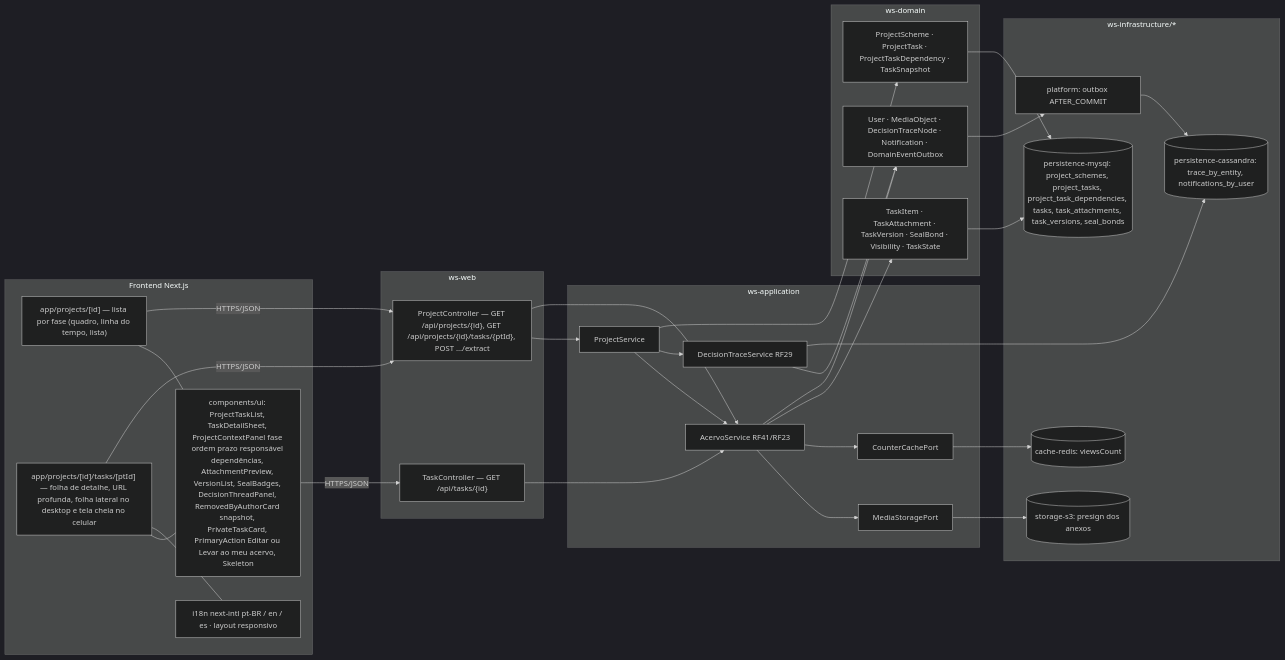
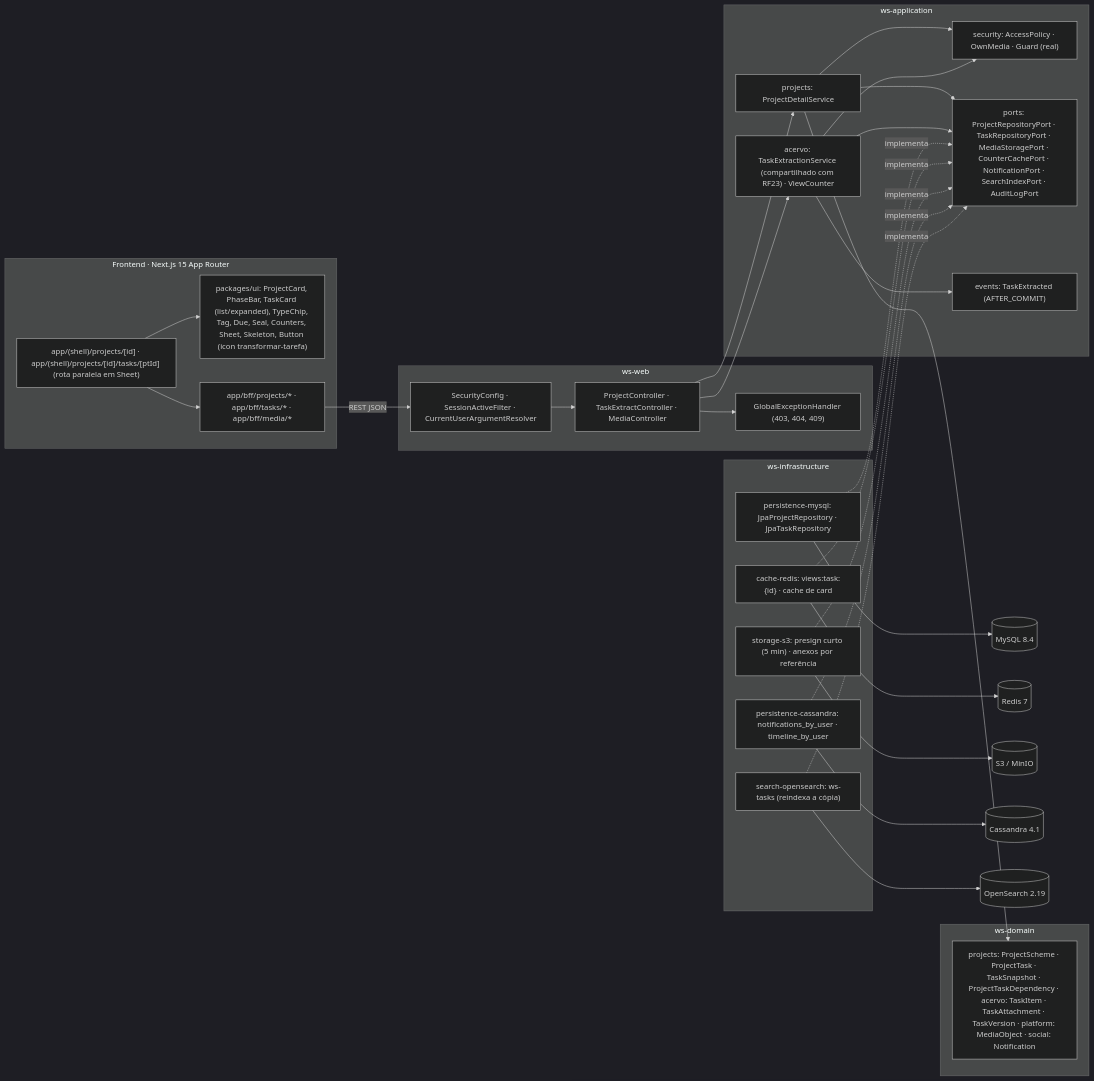
One commit to MatheusHaliski/Decia-app-2026 changed the fifth of 5 diagrams in docs/diagramas/RF7/README.md. Above: the diagram before and after it, drawn with Mermaid (dark theme). The commit also changed other lines of this file and 4 other files, not shown here.

First line of the commit message:
docs(diagramas): reescreve RF6–RF9 (perfil empresarial, abrir tarefa do projeto, editar arquivos, equipe do chefe)

````diff
--- a/docs/diagramas/RF7/README.md
+++ b/docs/diagramas/RF7/README.md
@@ -467,61 +410,52 @@
 ```mermaid
 flowchart LR
-  subgraph FE["Frontend Next.js"]
-    F1["app/projects/[id] — lista por fase (quadro, linha do tempo, lista)"]
-    F2["app/projects/[id]/tasks/[ptId] — folha de detalhe, URL profunda, folha lateral no desktop e tela cheia no celular"]
-    F3["components/ui: ProjectTaskList, TaskDetailSheet, ProjectContextPanel fase ordem prazo responsável dependências, AttachmentPreview, VersionList, SealBadges, DecisionThreadPanel, RemovedByAuthorCard snapshot, PrivateTaskCard, PrimaryAction Editar ou Levar ao meu acervo, Skeleton"]
-    F4["i18n next-intl pt-BR / en / es · layout responsivo"]
+  subgraph FE["Frontend · Next.js 15 App Router"]
+    PG["app/(shell)/projects/[id] · app/(shell)/projects/[id]/tasks/[ptId] (rota paralela em Sheet)"]
+    UI["packages/ui: ProjectCard, PhaseBar, TaskCard (list/expanded), TypeChip, Tag, Due, Seal, Counters, Sheet, Skeleton, Button (icon transformar-tarefa)"]
+    BFF["app/bff/projects/* · app/bff/tasks/* · app/bff/media/*"]
+    PG --> UI
+    PG --> BFF
+  end
+  subgraph WSWEB["ws-web"]
+    SEC["SecurityConfig · SessionActiveFilter · CurrentUserArgumentResolver"]
+    PC["ProjectController · TaskExtractController · MediaController"]
+    GEH["GlobalExceptionHandler (403, 404, 409)"]
+  end
+  subgraph WSAPP["ws-application"]
+    PRJ["projects: ProjectDetailService"]
+    ACV["acervo: TaskExtractionService (compartilhado com RF23) · ViewCounter"]
+    SECU["security: AccessPolicy · OwnMedia · Guard (real)"]
+    PORTS["ports: ProjectRepositoryPort · TaskRepositoryPort · MediaStoragePort · CounterCachePort · NotificationPort · SearchIndexPort · AuditLogPort"]
+    EVT["events: TaskExtracted (AFTER_COMMIT)"]
+    PRJ --> SECU
+    PRJ --> PORTS
+    ACV --> SECU
+    ACV --> PORTS
+    ACV --> EVT
+  end
+  subgraph WSDOM["ws-domain"]
+    DOM["projects: ProjectScheme · ProjectTask · TaskSnapshot · ProjectTaskDependency · acervo: TaskItem · TaskAttachment · TaskVersion · platform: MediaObject · social: Notification"]
+  end
+  subgraph INFRA["ws-infrastructure"]
+    MY["persistence-mysql: JpaProjectRepository · JpaTaskRepository"]
+    RDS["cache-redis: views:task:{id} · cache de card"]
+    S3["storage-s3: presign curto (5 min) · anexos por referência"]
+    CAS["persistence-cassandra: notifications_by_user · timeline_by_user"]
+    OSE["search-opensearch: ws-tasks (reindexa a cópia)"]
   end
 
-  subgraph WEB["ws-web"]
-    C1["ProjectController — GET /api/projects/{id}, GET /api/projects/{id}/tasks/{ptId}, POST .../extract"]
-    C2["TaskController — GET /api/tasks/{id}"]
-  end
-
-  subgraph APP["ws-application"]
-    S1["ProjectService"]
-    S2["AcervoService RF41/RF23"]
-    S3["DecisionTraceService RF29"]
-    P1["MediaStoragePort"]
-    P2["CounterCachePort"]
-  end
-
-  subgraph DOM["ws-domain"]
-    D1["ProjectScheme · ProjectTask · ProjectTaskDependency · TaskSnapshot"]
-    D2["TaskItem · TaskAttachment · TaskVersion · SealBond · Visibility · TaskState"]
-    D3["User · MediaObject · DecisionTraceNode · Notification · DomainEventOutbox"]
-  end
-
-  subgraph INFRA["ws-infrastructure/*"]
-    I1[("persistence-mysql: project_schemes, project_tasks, project_task_dependencies, tasks, task_attachments, task_versions, seal_bonds")]
-    I2[("storage-s3: presign dos anexos")]
-    I3[("persistence-cassandra: trace_by_entity, notifications_by_user")]
-    I4[("cache-redis: viewsCount")]
-    I5["platform: outbox AFTER_COMMIT"]
-  end
-
-  F1 --- F3
-  F2 --- F3
-  F2 --- F4
-  F1 -->|"HTTPS/JSON"| C1
-  F2 -->|"HTTPS/JSON"| C1
-  F3 -->|"HTTPS/JSON"| C2
-  C1 --> S1
-  C1 --> S2
-  C2 --> S2
-  S1 --> S2
-  S1 --> S3
-  S2 --> P1
-  S2 --> P2
-  S1 --> D1
-  S2 --> D2
-  S2 --> D3
-  S3 --> D3
-  D1 --> I1
-  D2 --> I1
-  D3 --> I5
-  P1 --> I2
-  P2 --> I4
-  S3 --> I3
-  I5 --> I3
+  BFF -->|"REST JSON"| SEC --> PC --> PRJ
+  PC --> ACV
+  PC --> GEH
+  MY -.implementa.-> PORTS
+  RDS -.implementa.-> PORTS
+  S3 -.implementa.-> PORTS
+  CAS -.implementa.-> PORTS
+  OSE -.implementa.-> PORTS
+  PRJ --> DOM
+  MY --> DB[("MySQL 8.4")]
+  RDS --> RD[("Redis 7")]
+  S3 --> MINIO[("S3 / MinIO")]
+  CAS --> CDB[("Cassandra 4.1")]
+  OSE --> OSX[("OpenSearch 2.19")]
 ```
````
